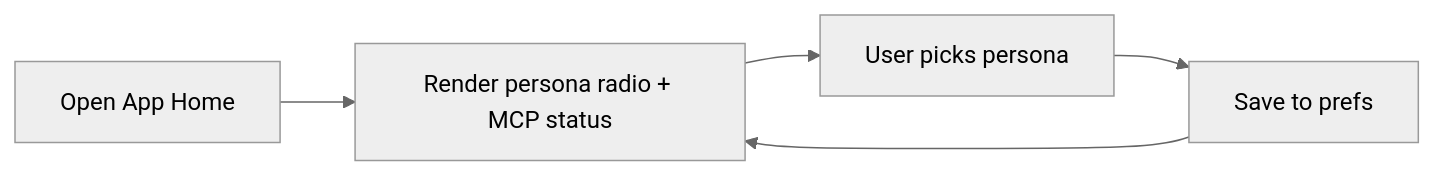
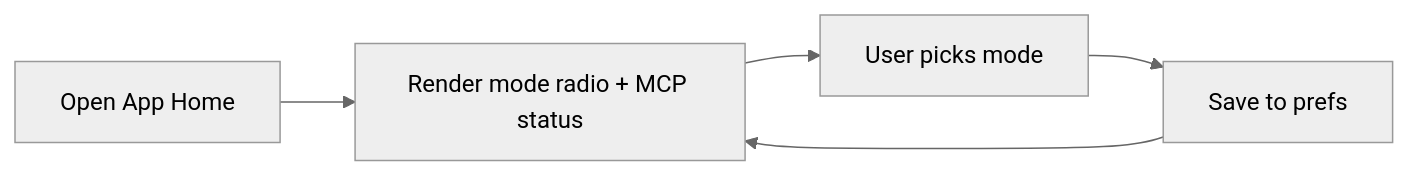
Before and after one commit to faketut/AccessibilityAlly: the fifth of 5 diagrams in README.md, drawn with Mermaid (neutral theme). The commit also changed other lines of this file and 20 other files, not shown here.

First line of the commit message:
refactor: rename persona -> mode across the codebase

````diff
--- a/README.md
+++ b/README.md
@@ -119,5 +119,5 @@
 ```mermaid
 flowchart LR
-  H[Open App Home] --> V[Render persona radio + MCP status]
-  V --> C[User picks persona] --> S[Save to prefs] --> V
+  H[Open App Home] --> V[Render mode radio + MCP status]
+  V --> C[User picks mode] --> S[Save to prefs] --> V
 ```
````
